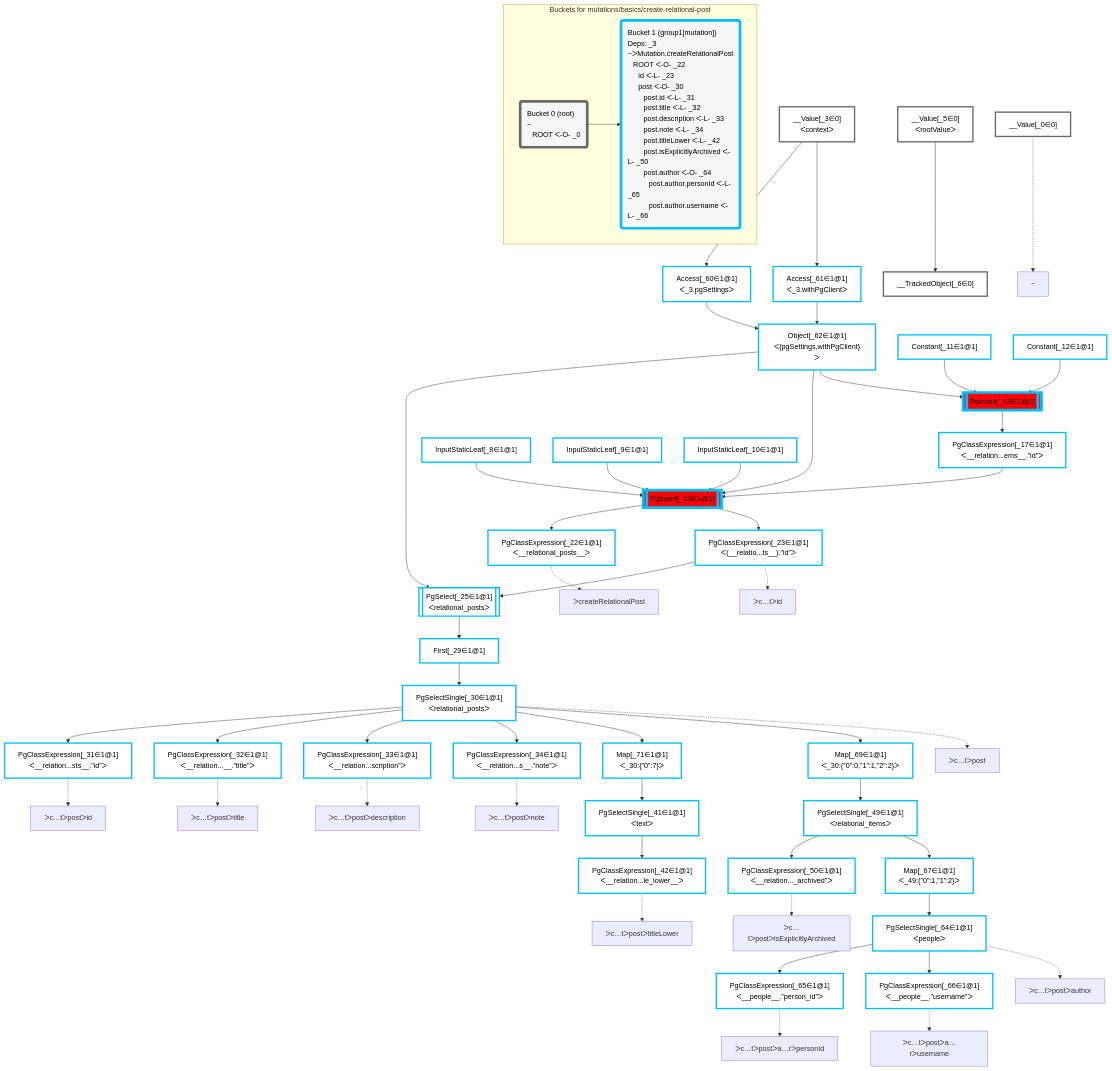
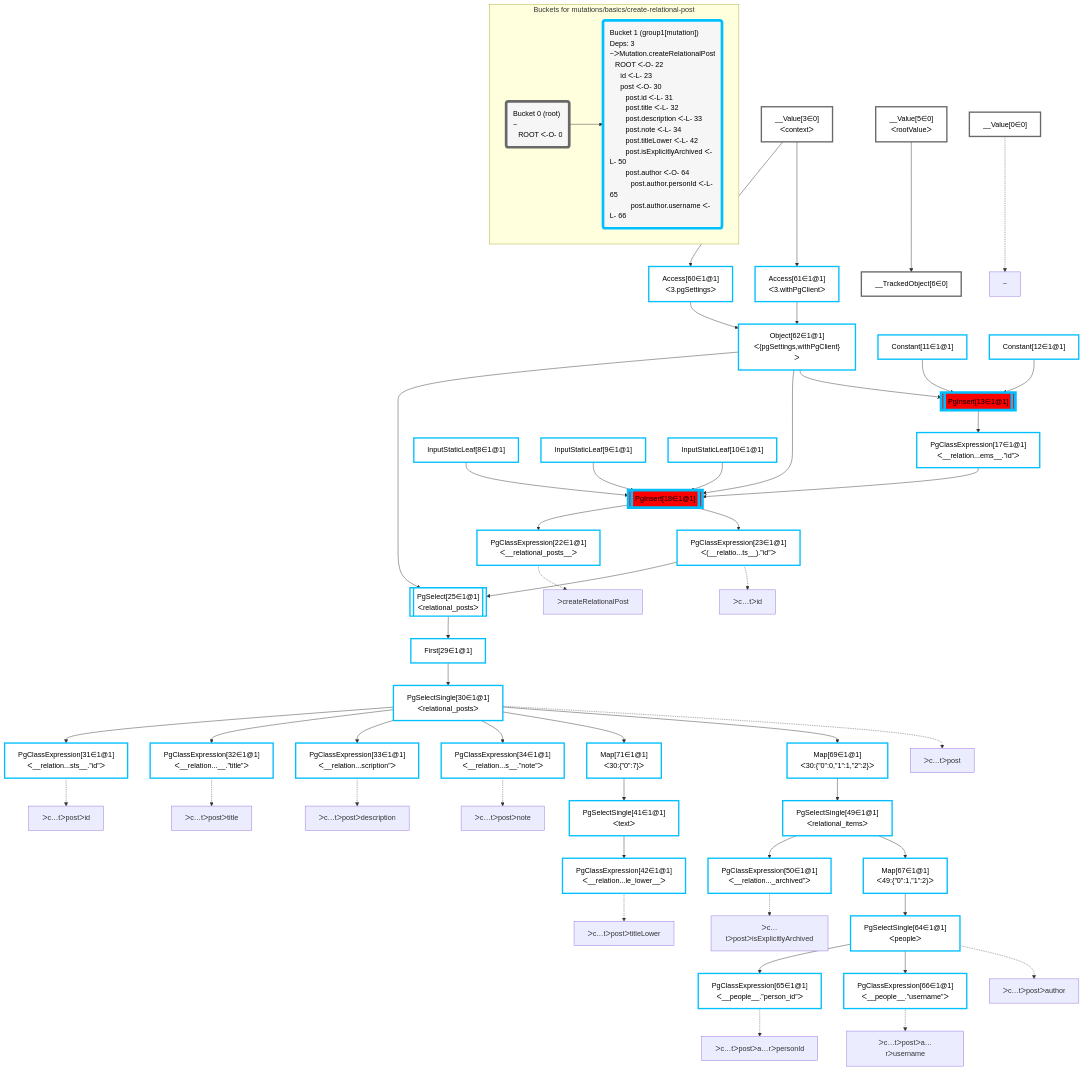
Before and after one commit to graphile/crystal: the diagram in packages/dataplan-pg/__tests__/mutations/basics/create-relational-post.mermaid.md, drawn with Mermaid. The commit also changed 195 other files, not shown here.

````diff
--- a/packages/dataplan-pg/__tests__/mutations/basics/create-relational-post.mermaid.md
+++ b/packages/dataplan-pg/__tests__/mutations/basics/create-relational-post.mermaid.md
@@ -8,104 +8,104 @@
 
 
     %% define plans
-    __Value_0["__Value[_0∈0]"]:::plan
-    PgClassExpression_22["PgClassExpression[_22∈1@1]<br />ᐸ__relational_posts__ᐳ"]:::plan
-    PgClassExpression_31["PgClassExpression[_31∈1@1]<br />ᐸ__relation...sts__.”id”ᐳ"]:::plan
-    PgClassExpression_32["PgClassExpression[_32∈1@1]<br />ᐸ__relation...__.”title”ᐳ"]:::plan
-    PgClassExpression_33["PgClassExpression[_33∈1@1]<br />ᐸ__relation...scription”ᐳ"]:::plan
-    PgClassExpression_34["PgClassExpression[_34∈1@1]<br />ᐸ__relation...s__.”note”ᐳ"]:::plan
-    PgClassExpression_42["PgClassExpression[_42∈1@1]<br />ᐸ__relation...le_lower__ᐳ"]:::plan
-    PgSelectSingle_41["PgSelectSingle[_41∈1@1]<br />ᐸtextᐳ"]:::plan
-    Map_71["Map[_71∈1@1]<br />ᐸ_30:{”0”:7}ᐳ"]:::plan
-    PgClassExpression_50["PgClassExpression[_50∈1@1]<br />ᐸ__relation..._archived”ᐳ"]:::plan
-    PgClassExpression_65["PgClassExpression[_65∈1@1]<br />ᐸ__people__.”person_id”ᐳ"]:::plan
-    PgClassExpression_66["PgClassExpression[_66∈1@1]<br />ᐸ__people__.”username”ᐳ"]:::plan
-    PgSelectSingle_64["PgSelectSingle[_64∈1@1]<br />ᐸpeopleᐳ"]:::plan
-    Map_67["Map[_67∈1@1]<br />ᐸ_49:{”0”:1,”1”:2}ᐳ"]:::plan
-    PgSelectSingle_49["PgSelectSingle[_49∈1@1]<br />ᐸrelational_itemsᐳ"]:::plan
-    Map_69["Map[_69∈1@1]<br />ᐸ_30:{”0”:0,”1”:1,”2”:2}ᐳ"]:::plan
-    PgSelectSingle_30["PgSelectSingle[_30∈1@1]<br />ᐸrelational_postsᐳ"]:::plan
-    First_29["First[_29∈1@1]"]:::plan
-    PgSelect_25[["PgSelect[_25∈1@1]<br />ᐸrelational_postsᐳ"]]:::plan
-    PgClassExpression_23["PgClassExpression[_23∈1@1]<br />ᐸ(__relatio...ts__).”id”ᐳ"]:::plan
-    PgInsert_18[["PgInsert[_18∈1@1]"]]:::sideeffectplan
-    PgClassExpression_17["PgClassExpression[_17∈1@1]<br />ᐸ__relation...ems__.”id”ᐳ"]:::plan
-    PgInsert_13[["PgInsert[_13∈1@1]"]]:::sideeffectplan
-    Object_62["Object[_62∈1@1]<br />ᐸ{pgSettings,withPgClient}ᐳ"]:::plan
-    Access_60["Access[_60∈1@1]<br />ᐸ_3.pgSettingsᐳ"]:::plan
-    Access_61["Access[_61∈1@1]<br />ᐸ_3.withPgClientᐳ"]:::plan
-    __Value_3["__Value[_3∈0]<br />ᐸcontextᐳ"]:::plan
-    __TrackedObject_6["__TrackedObject[_6∈0]"]:::plan
-    __Value_5["__Value[_5∈0]<br />ᐸrootValueᐳ"]:::plan
-    InputStaticLeaf_8["InputStaticLeaf[_8∈1@1]"]:::plan
-    InputStaticLeaf_9["InputStaticLeaf[_9∈1@1]"]:::plan
-    InputStaticLeaf_10["InputStaticLeaf[_10∈1@1]"]:::plan
-    Constant_11["Constant[_11∈1@1]"]:::plan
-    Constant_12["Constant[_12∈1@1]"]:::plan
+    __Value0["__Value[0∈0]"]:::plan
+    PgClassExpression22["PgClassExpression[22∈1@1]<br />ᐸ__relational_posts__ᐳ"]:::plan
+    PgClassExpression31["PgClassExpression[31∈1@1]<br />ᐸ__relation...sts__.”id”ᐳ"]:::plan
+    PgClassExpression32["PgClassExpression[32∈1@1]<br />ᐸ__relation...__.”title”ᐳ"]:::plan
+    PgClassExpression33["PgClassExpression[33∈1@1]<br />ᐸ__relation...scription”ᐳ"]:::plan
+    PgClassExpression34["PgClassExpression[34∈1@1]<br />ᐸ__relation...s__.”note”ᐳ"]:::plan
+    PgClassExpression42["PgClassExpression[42∈1@1]<br />ᐸ__relation...le_lower__ᐳ"]:::plan
+    PgSelectSingle41["PgSelectSingle[41∈1@1]<br />ᐸtextᐳ"]:::plan
+    Map71["Map[71∈1@1]<br />ᐸ30:{”0”:7}ᐳ"]:::plan
+    PgClassExpression50["PgClassExpression[50∈1@1]<br />ᐸ__relation..._archived”ᐳ"]:::plan
+    PgClassExpression65["PgClassExpression[65∈1@1]<br />ᐸ__people__.”person_id”ᐳ"]:::plan
+    PgClassExpression66["PgClassExpression[66∈1@1]<br />ᐸ__people__.”username”ᐳ"]:::plan
+    PgSelectSingle64["PgSelectSingle[64∈1@1]<br />ᐸpeopleᐳ"]:::plan
+    Map67["Map[67∈1@1]<br />ᐸ49:{”0”:1,”1”:2}ᐳ"]:::plan
+    PgSelectSingle49["PgSelectSingle[49∈1@1]<br />ᐸrelational_itemsᐳ"]:::plan
+    Map69["Map[69∈1@1]<br />ᐸ30:{”0”:0,”1”:1,”2”:2}ᐳ"]:::plan
+    PgSelectSingle30["PgSelectSingle[30∈1@1]<br />ᐸrelational_postsᐳ"]:::plan
+    First29["First[29∈1@1]"]:::plan
+    PgSelect25[["PgSelect[25∈1@1]<br />ᐸrelational_postsᐳ"]]:::plan
+    PgClassExpression23["PgClassExpression[23∈1@1]<br />ᐸ(__relatio...ts__).”id”ᐳ"]:::plan
+    PgInsert18[["PgInsert[18∈1@1]"]]:::sideeffectplan
+    PgClassExpression17["PgClassExpression[17∈1@1]<br />ᐸ__relation...ems__.”id”ᐳ"]:::plan
+    PgInsert13[["PgInsert[13∈1@1]"]]:::sideeffectplan
+    Object62["Object[62∈1@1]<br />ᐸ{pgSettings,withPgClient}ᐳ"]:::plan
+    Access60["Access[60∈1@1]<br />ᐸ3.pgSettingsᐳ"]:::plan
+    Access61["Access[61∈1@1]<br />ᐸ3.withPgClientᐳ"]:::plan
+    __Value3["__Value[3∈0]<br />ᐸcontextᐳ"]:::plan
+    __TrackedObject6["__TrackedObject[6∈0]"]:::plan
+    __Value5["__Value[5∈0]<br />ᐸrootValueᐳ"]:::plan
+    InputStaticLeaf8["InputStaticLeaf[8∈1@1]"]:::plan
+    InputStaticLeaf9["InputStaticLeaf[9∈1@1]"]:::plan
+    InputStaticLeaf10["InputStaticLeaf[10∈1@1]"]:::plan
+    Constant11["Constant[11∈1@1]"]:::plan
+    Constant12["Constant[12∈1@1]"]:::plan
 
     %% plan dependencies
-    PgInsert_18 --> PgClassExpression_22
-    PgSelectSingle_30 --> PgClassExpression_31
-    PgSelectSingle_30 --> PgClassExpression_32
-    PgSelectSingle_30 --> PgClassExpression_33
-    PgSelectSingle_30 --> PgClassExpression_34
-    PgSelectSingle_41 --> PgClassExpression_42
-    Map_71 --> PgSelectSingle_41
-    PgSelectSingle_30 --> Map_71
-    PgSelectSingle_49 --> PgClassExpression_50
-    PgSelectSingle_64 --> PgClassExpression_65
-    PgSelectSingle_64 --> PgClassExpression_66
-    Map_67 --> PgSelectSingle_64
-    PgSelectSingle_49 --> Map_67
-    Map_69 --> PgSelectSingle_49
-    PgSelectSingle_30 --> Map_69
-    First_29 --> PgSelectSingle_30
-    PgSelect_25 --> First_29
-    Object_62 & PgClassExpression_23 --> PgSelect_25
-    PgInsert_18 --> PgClassExpression_23
-    Object_62 & PgClassExpression_17 & InputStaticLeaf_8 & InputStaticLeaf_9 & InputStaticLeaf_10 --> PgInsert_18
-    PgInsert_13 --> PgClassExpression_17
-    Object_62 & Constant_11 & Constant_12 --> PgInsert_13
-    Access_60 & Access_61 --> Object_62
-    __Value_3 --> Access_60
-    __Value_3 --> Access_61
-    __Value_5 --> __TrackedObject_6
+    PgInsert18 --> PgClassExpression22
+    PgSelectSingle30 --> PgClassExpression31
+    PgSelectSingle30 --> PgClassExpression32
+    PgSelectSingle30 --> PgClassExpression33
+    PgSelectSingle30 --> PgClassExpression34
+    PgSelectSingle41 --> PgClassExpression42
+    Map71 --> PgSelectSingle41
+    PgSelectSingle30 --> Map71
+    PgSelectSingle49 --> PgClassExpression50
+    PgSelectSingle64 --> PgClassExpression65
+    PgSelectSingle64 --> PgClassExpression66
+    Map67 --> PgSelectSingle64
+    PgSelectSingle49 --> Map67
+    Map69 --> PgSelectSingle49
+    PgSelectSingle30 --> Map69
+    First29 --> PgSelectSingle30
+    PgSelect25 --> First29
+    Object62 & PgClassExpression23 --> PgSelect25
+    PgInsert18 --> PgClassExpression23
+    Object62 & PgClassExpression17 & InputStaticLeaf8 & InputStaticLeaf9 & InputStaticLeaf10 --> PgInsert18
+    PgInsert13 --> PgClassExpression17
+    Object62 & Constant11 & Constant12 --> PgInsert13
+    Access60 & Access61 --> Object62
+    __Value3 --> Access60
+    __Value3 --> Access61
+    __Value5 --> __TrackedObject6
 
     %% plan-to-path relationships
-    P_0["~"]
-    __Value_0 -.-> P_0
-    P_22["ᐳcreateRelationalPost"]
-    PgClassExpression_22 -.-> P_22
-    P_23["ᐳc…tᐳid"]
-    PgClassExpression_23 -.-> P_23
-    P_30["ᐳc…tᐳpost"]
-    PgSelectSingle_30 -.-> P_30
-    P_31["ᐳc…tᐳpostᐳid"]
-    PgClassExpression_31 -.-> P_31
-    P_32["ᐳc…tᐳpostᐳtitle"]
-    PgClassExpression_32 -.-> P_32
-    P_33["ᐳc…tᐳpostᐳdescription"]
-    PgClassExpression_33 -.-> P_33
-    P_34["ᐳc…tᐳpostᐳnote"]
-    PgClassExpression_34 -.-> P_34
-    P_42["ᐳc…tᐳpostᐳtitleLower"]
-    PgClassExpression_42 -.-> P_42
-    P_50["ᐳc…tᐳpostᐳisExplicitlyArchived"]
-    PgClassExpression_50 -.-> P_50
-    P_64["ᐳc…tᐳpostᐳauthor"]
-    PgSelectSingle_64 -.-> P_64
-    P_65["ᐳc…tᐳpostᐳa…rᐳpersonId"]
-    PgClassExpression_65 -.-> P_65
-    P_66["ᐳc…tᐳpostᐳa…rᐳusername"]
-    PgClassExpression_66 -.-> P_66
+    P0["~"]
+    __Value0 -.-> P0
+    P22["ᐳcreateRelationalPost"]
+    PgClassExpression22 -.-> P22
+    P23["ᐳc…tᐳid"]
+    PgClassExpression23 -.-> P23
+    P30["ᐳc…tᐳpost"]
+    PgSelectSingle30 -.-> P30
+    P31["ᐳc…tᐳpostᐳid"]
+    PgClassExpression31 -.-> P31
+    P32["ᐳc…tᐳpostᐳtitle"]
+    PgClassExpression32 -.-> P32
+    P33["ᐳc…tᐳpostᐳdescription"]
+    PgClassExpression33 -.-> P33
+    P34["ᐳc…tᐳpostᐳnote"]
+    PgClassExpression34 -.-> P34
+    P42["ᐳc…tᐳpostᐳtitleLower"]
+    PgClassExpression42 -.-> P42
+    P50["ᐳc…tᐳpostᐳisExplicitlyArchived"]
+    PgClassExpression50 -.-> P50
+    P64["ᐳc…tᐳpostᐳauthor"]
+    PgSelectSingle64 -.-> P64
+    P65["ᐳc…tᐳpostᐳa…rᐳpersonId"]
+    PgClassExpression65 -.-> P65
+    P66["ᐳc…tᐳpostᐳa…rᐳusername"]
+    PgClassExpression66 -.-> P66
 
     subgraph "Buckets for mutations/basics/create-relational-post"
-    Bucket0("Bucket 0 (root)<br />~<br />⠀ROOT ᐸ-O- _0"):::bucket
+    Bucket0("Bucket 0 (root)<br />~<br />⠀ROOT ᐸ-O- 0"):::bucket
     classDef bucket0 stroke:#696969
-    class Bucket0,__Value_0,__Value_3,__Value_5,__TrackedObject_6 bucket0
-    Bucket1("Bucket 1 (group1[mutation])<br />Deps: _3<br />~ᐳMutation.createRelationalPost<br />⠀ROOT ᐸ-O- _22<br />⠀⠀id ᐸ-L- _23<br />⠀⠀post ᐸ-O- _30<br />⠀⠀⠀post.id ᐸ-L- _31<br />⠀⠀⠀post.title ᐸ-L- _32<br />⠀⠀⠀post.description ᐸ-L- _33<br />⠀⠀⠀post.note ᐸ-L- _34<br />⠀⠀⠀post.titleLower ᐸ-L- _42<br />⠀⠀⠀post.isExplicitlyArchived ᐸ-L- _50<br />⠀⠀⠀post.author ᐸ-O- _64<br />⠀⠀⠀⠀post.author.personId ᐸ-L- _65<br />⠀⠀⠀⠀post.author.username ᐸ-L- _66"):::bucket
+    class Bucket0,__Value0,__Value3,__Value5,__TrackedObject6 bucket0
+    Bucket1("Bucket 1 (group1[mutation])<br />Deps: 3<br />~ᐳMutation.createRelationalPost<br />⠀ROOT ᐸ-O- 22<br />⠀⠀id ᐸ-L- 23<br />⠀⠀post ᐸ-O- 30<br />⠀⠀⠀post.id ᐸ-L- 31<br />⠀⠀⠀post.title ᐸ-L- 32<br />⠀⠀⠀post.description ᐸ-L- 33<br />⠀⠀⠀post.note ᐸ-L- 34<br />⠀⠀⠀post.titleLower ᐸ-L- 42<br />⠀⠀⠀post.isExplicitlyArchived ᐸ-L- 50<br />⠀⠀⠀post.author ᐸ-O- 64<br />⠀⠀⠀⠀post.author.personId ᐸ-L- 65<br />⠀⠀⠀⠀post.author.username ᐸ-L- 66"):::bucket
     classDef bucket1 stroke:#00bfff
-    class Bucket1,InputStaticLeaf_8,InputStaticLeaf_9,InputStaticLeaf_10,Constant_11,Constant_12,PgInsert_13,PgClassExpression_17,PgInsert_18,PgClassExpression_22,PgClassExpression_23,PgSelect_25,First_29,PgSelectSingle_30,PgClassExpression_31,PgClassExpression_32,PgClassExpression_33,PgClassExpression_34,PgSelectSingle_41,PgClassExpression_42,PgSelectSingle_49,PgClassExpression_50,Access_60,Access_61,Object_62,PgSelectSingle_64,PgClassExpression_65,PgClassExpression_66,Map_67,Map_69,Map_71 bucket1
+    class Bucket1,InputStaticLeaf8,InputStaticLeaf9,InputStaticLeaf10,Constant11,Constant12,PgInsert13,PgClassExpression17,PgInsert18,PgClassExpression22,PgClassExpression23,PgSelect25,First29,PgSelectSingle30,PgClassExpression31,PgClassExpression32,PgClassExpression33,PgClassExpression34,PgSelectSingle41,PgClassExpression42,PgSelectSingle49,PgClassExpression50,Access60,Access61,Object62,PgSelectSingle64,PgClassExpression65,PgClassExpression66,Map67,Map69,Map71 bucket1
     Bucket0 --> Bucket1
     end
 ```
````
